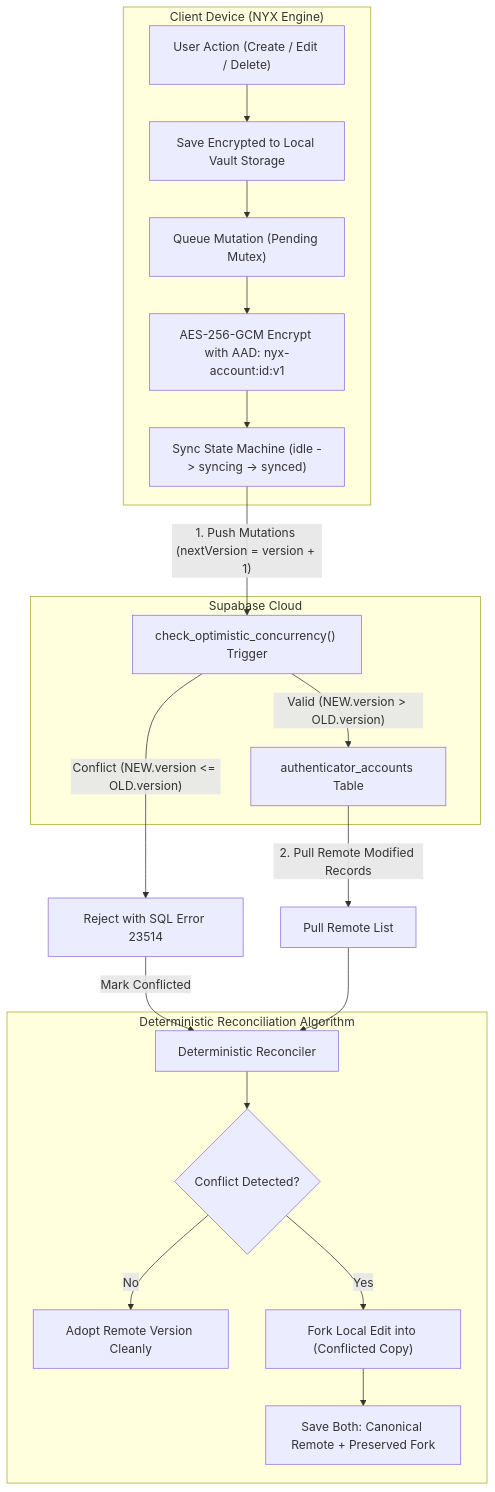
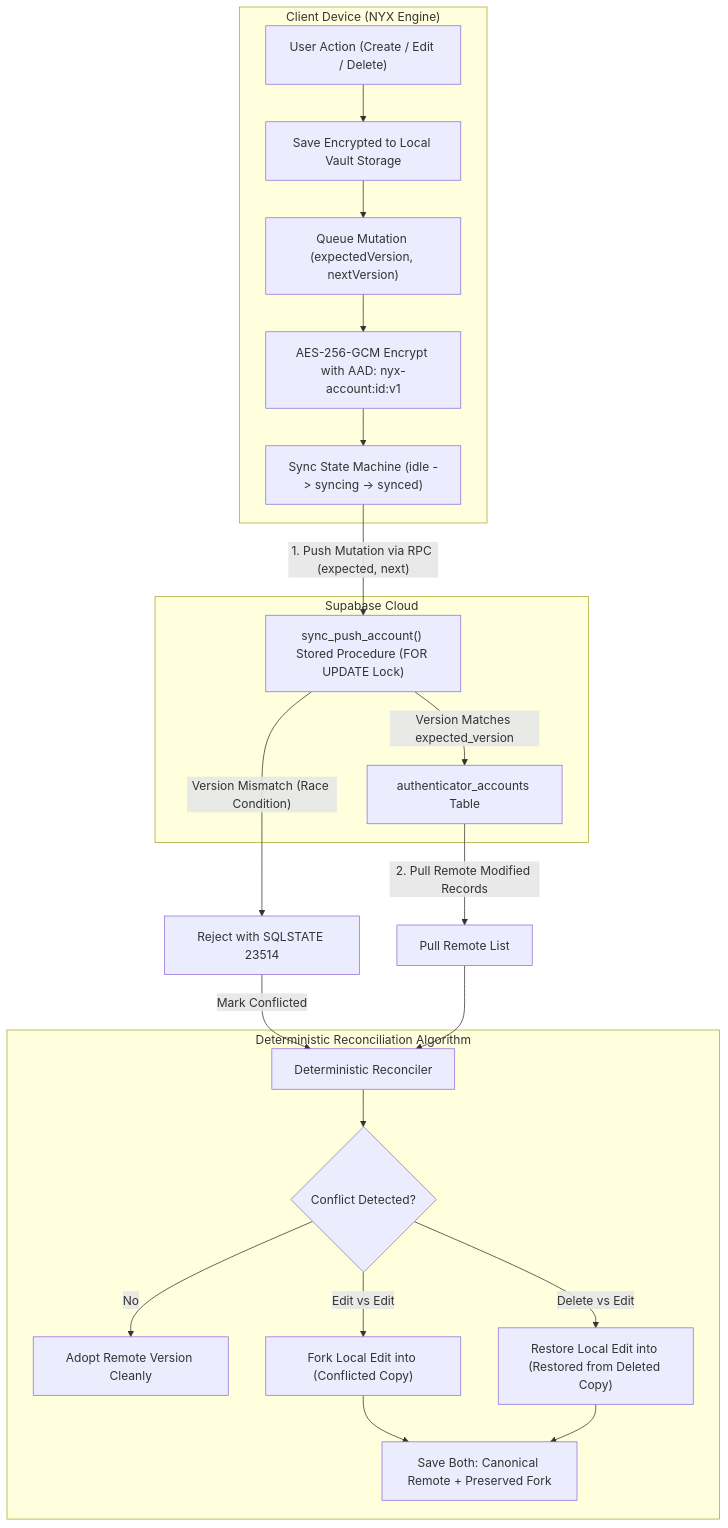
The seventh of 7 diagrams in architecture.md (debadritax24/nyx), drawn with Mermaid before and after one commit. The commit also changed other lines of this file and 30 other files, not shown here.

````diff
--- a/architecture.md
+++ b/architecture.md
@@ -173,35 +173,37 @@
 ```mermaid
 flowchart TD
     subgraph Client ["Client Device (NYX Engine)"]
         Mut["User Action (Create / Edit / Delete)"]
         LocalSave["Save Encrypted to Local Vault Storage"]
-        Queue["Queue Mutation (Pending Mutex)"]
+        Queue["Queue Mutation (expectedVersion, nextVersion)"]
         Enc["AES-256-GCM Encrypt with AAD: nyx-account:id:v1"]
         StateEngine["Sync State Machine (idle -> syncing -> synced)"]
     end
 
     subgraph Backend ["Supabase Cloud"]
-        DBTrigger["check_optimistic_concurrency() Trigger"]
+        CASProc["sync_push_account() Stored Procedure (FOR UPDATE Lock)"]
         DBTable["authenticator_accounts Table"]
     end
 
     Mut --> LocalSave
     LocalSave --> Queue
     Queue --> Enc
     Enc --> StateEngine
-    StateEngine -->|"1. Push Mutations (nextVersion = version + 1)"| DBTrigger
+    StateEngine -->|"1. Push Mutation via RPC (expected, next)"| CASProc
 
-    DBTrigger -->|"Valid (NEW.version > OLD.version)"| DBTable
-    DBTrigger -->|"Conflict (NEW.version <= OLD.version)"| Reject["Reject with SQL Error 23514"]
+    CASProc -->|"Version Matches expected_version"| DBTable
+    CASProc -->|"Version Mismatch (Race Condition)"| Reject["Reject with SQLSTATE 23514"]
 
     DBTable -->|"2. Pull Remote Modified Records"| Pull["Pull Remote List"]
     Reject -->|"Mark Conflicted"| Reconcile["Deterministic Reconciler"]
     Pull --> Reconcile
 
     subgraph ConflictResolution ["Deterministic Reconciliation Algorithm"]
         Reconcile --> CheckConf{"Conflict Detected?"}
         CheckConf -- No --> FastForward["Adopt Remote Version Cleanly"]
-        CheckConf -- Yes --> Fork["Fork Local Edit into (Conflicted Copy)"]
+        CheckConf -- Edit vs Edit --> Fork["Fork Local Edit into (Conflicted Copy)"]
+        CheckConf -- Delete vs Edit --> Restore["Restore Local Edit into (Restored from Deleted Copy)"]
         Fork --> Preserve["Save Both: Canonical Remote + Preserved Fork"]
+        Restore --> Preserve
     end
 ```
````
